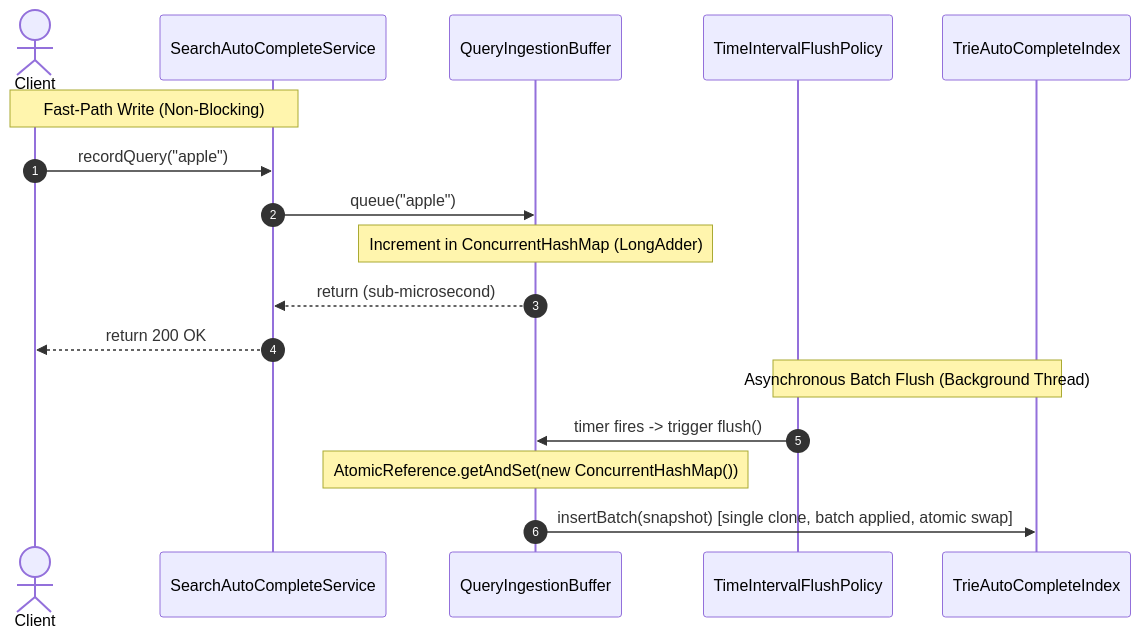
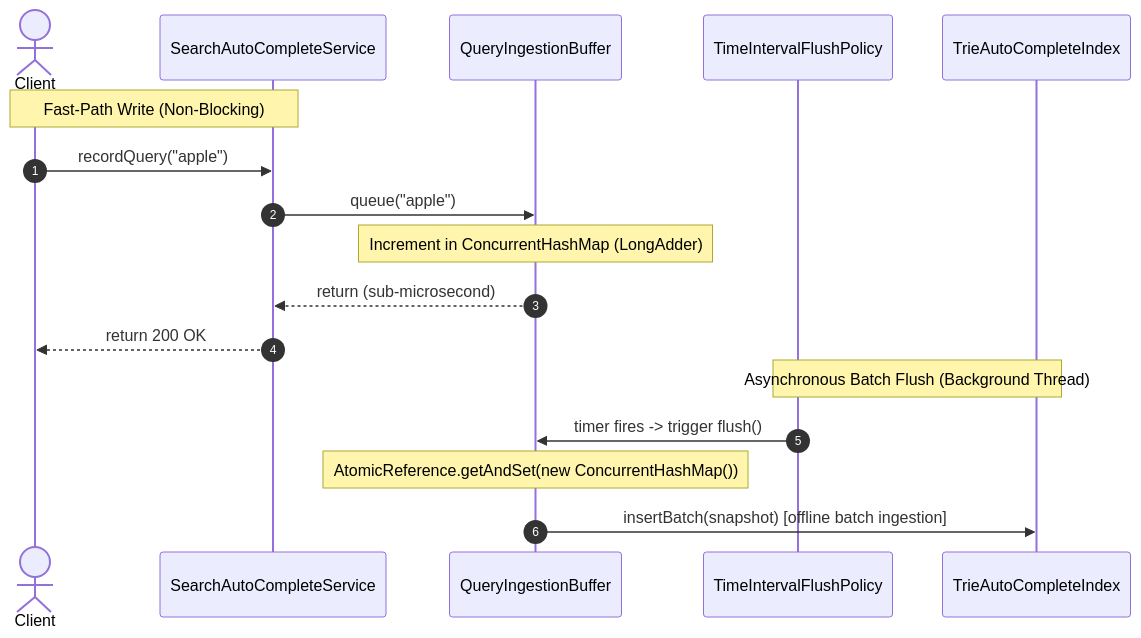
Before and after one commit to JyotimoyKashyap/system-design-labs: the third of 6 diagrams in apps/web/src/content/lld/search-auto-complete.md, drawn with Mermaid. The commit also changed other lines of this file and 1 other file, not shown here.

````diff
--- a/apps/web/src/content/lld/search-auto-complete.md
+++ b/apps/web/src/content/lld/search-auto-complete.md
@@ -234,21 +261,21 @@
 ```mermaid
 sequenceDiagram
     autonumber
     actor User as Client
     participant Service as SearchAutoCompleteService
     participant Buffer as QueryIngestionBuffer
     participant Policy as TimeIntervalFlushPolicy
     participant Index as TrieAutoCompleteIndex
 
     Note over User,Service: Fast-Path Write (Non-Blocking)
     User->>Service: recordQuery("apple")
     Service->>Buffer: queue("apple")
     Note over Buffer: Increment in ConcurrentHashMap (LongAdder)
     Buffer-->>Service: return (sub-microsecond)
     Service-->>User: return 200 OK
 
     Note over Policy,Index: Asynchronous Batch Flush (Background Thread)
     Policy->>Buffer: timer fires -> trigger flush()
     Note over Buffer: AtomicReference.getAndSet(new ConcurrentHashMap())
-    Buffer->>Index: insertBatch(snapshot) [single clone, batch applied, atomic swap]
+    Buffer->>Index: insertBatch(snapshot) [offline batch ingestion]
 ```
````
